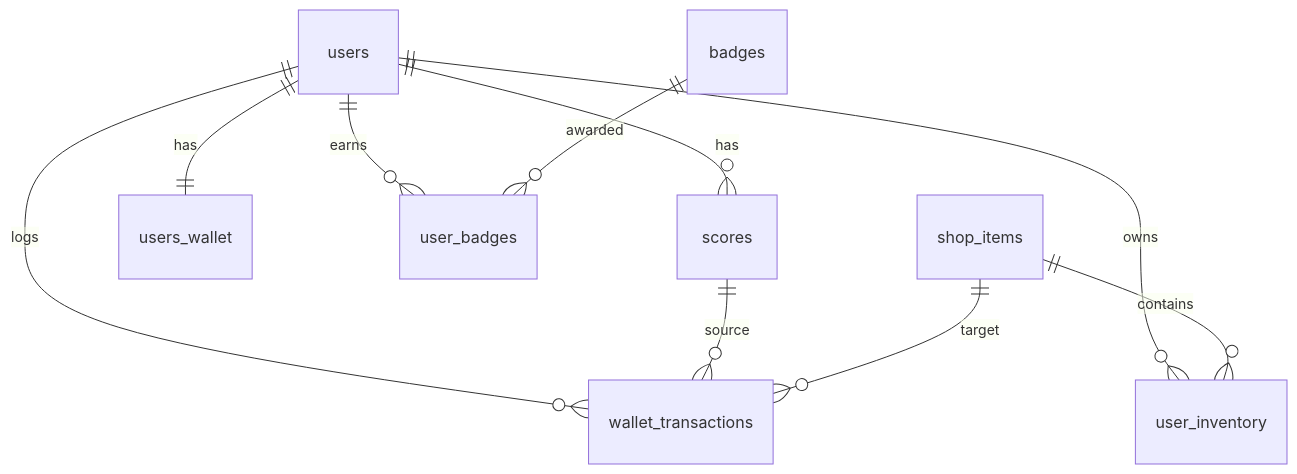
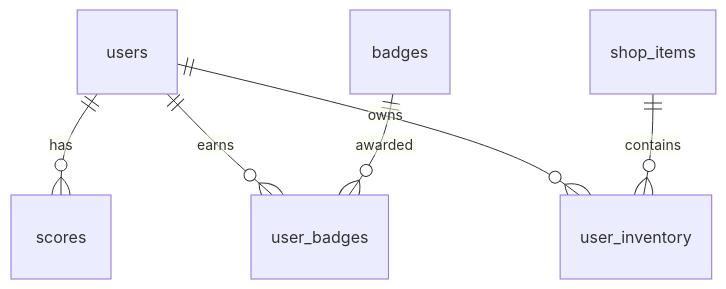
The third of 6 diagrams in Documentation/Stage3_Technical Documentation.md (StrawberSam/RecyandCo), drawn with Mermaid before and after one commit. The commit also changed other lines of this file, not shown here.

Commit message:
📝 docs: refactor Stage 3 README to remove wallet and use total_score as currency

````diff
--- a/Documentation/Stage3_Technical Documentation.md
+++ b/Documentation/Stage3_Technical Documentation.md
@@ -185,12 +162,9 @@
 ```mermaid
 erDiagram
   users ||--o{ scores : has
-  users ||--|| users_wallet : has
   users ||--o{ user_badges : earns
   badges ||--o{ user_badges : awarded
   users ||--o{ user_inventory : owns
   shop_items ||--o{ user_inventory : contains
-  users ||--o{ wallet_transactions : logs
-  scores ||--o{ wallet_transactions : source
-  shop_items ||--o{ wallet_transactions : target
+
 ```
````
